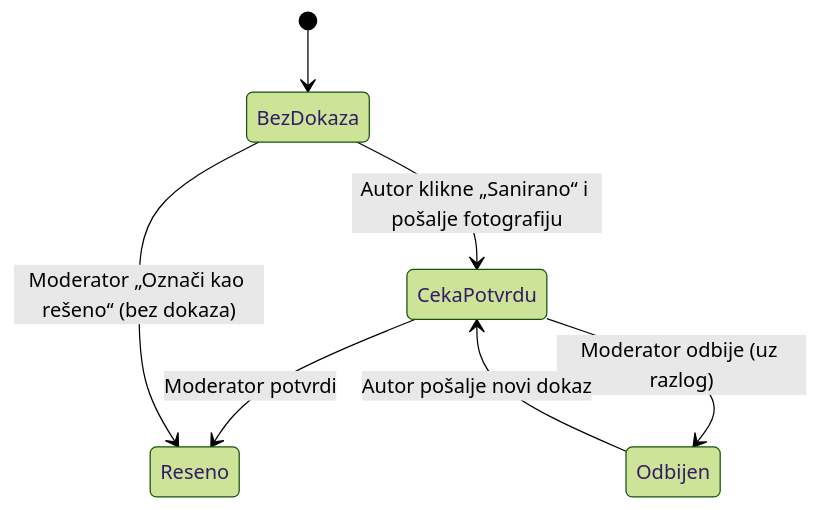
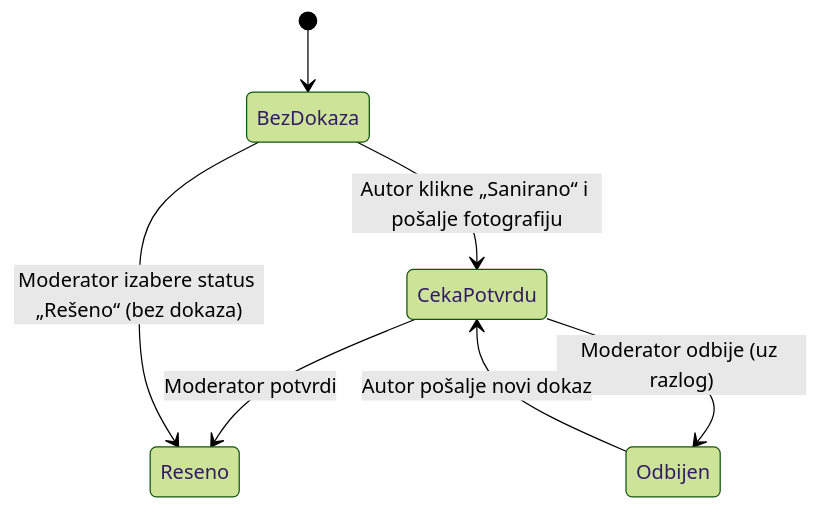
One commit to ocistimo-novi-sad/ocistimo-novi-sad.github.io changed the second of 3 diagrams in docs/use-cases.md. Above: the diagram before and after it, drawn with Mermaid (forest theme). The commit also changed other lines of this file and 2 other files, not shown here.

````diff
--- a/docs/use-cases.md
+++ b/docs/use-cases.md
@@ -170,9 +170,9 @@
 ```mermaid
 stateDiagram-v2
     [*] --> BezDokaza
     BezDokaza --> CekaPotvrdu: Autor klikne „Sanirano“ i pošalje fotografiju
     CekaPotvrdu --> Reseno: Moderator potvrdi
     CekaPotvrdu --> Odbijen: Moderator odbije (uz razlog)
     Odbijen --> CekaPotvrdu: Autor pošalje novi dokaz
-    BezDokaza --> Reseno: Moderator „Označi kao rešeno“ (bez dokaza)
+    BezDokaza --> Reseno: Moderator izabere status „Rešeno“ (bez dokaza)
 ```
````
